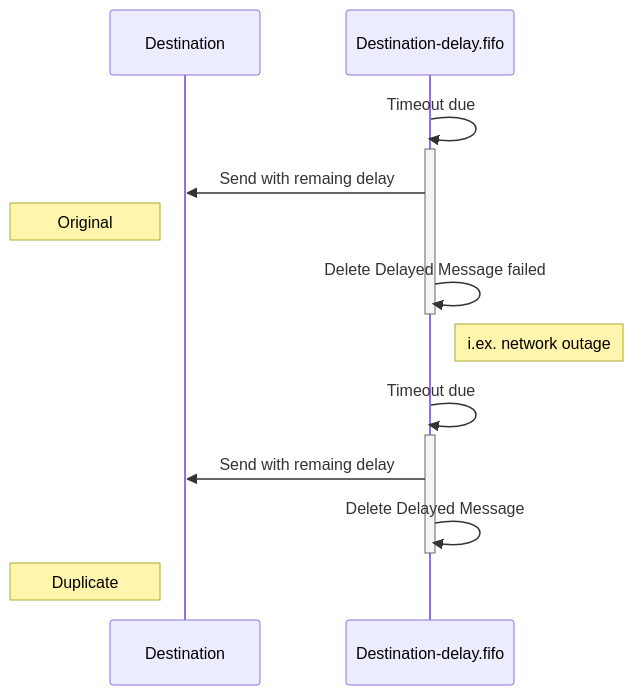
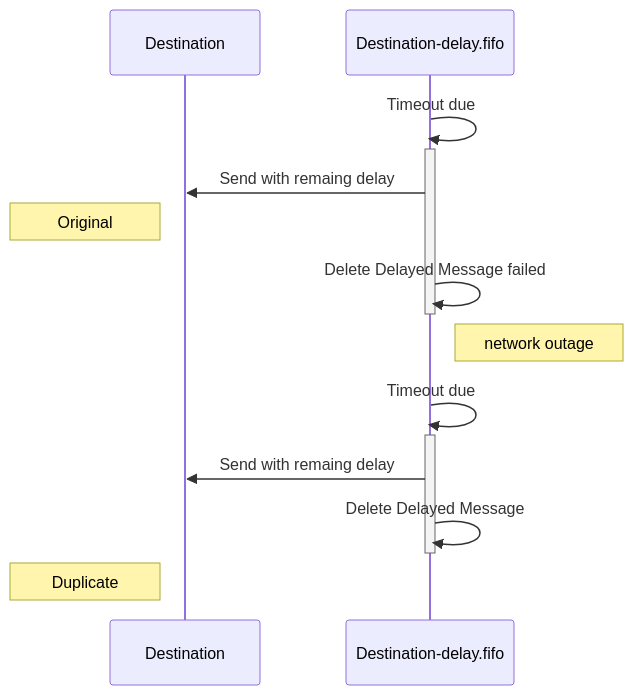
The second of 4 diagrams in transports/sqs/delayed-delivery.md (Particular/docs.particular.net), drawn with Mermaid before and after one commit.

Commit message:
Simplify note

````diff
--- a/transports/sqs/delayed-delivery.md
+++ b/transports/sqs/delayed-delivery.md
@@ -67,14 +67,14 @@
 ```mermaid
 sequenceDiagram
     participant D as Destination
     participant F as Destination-delay.fifo
     F ->>+ F: Timeout due
     F ->> D: Send with remaing delay
     Note left of D: Original
     F ->>- F: Delete Delayed Message failed
-    Note right of F: i.ex. network outage
+    Note right of F: network outage
     F ->>+ F: Timeout due
     F ->> D: Send with remaing delay
     F ->>- F: Delete Delayed Message
     Note left of D: Duplicate
 ```
````
